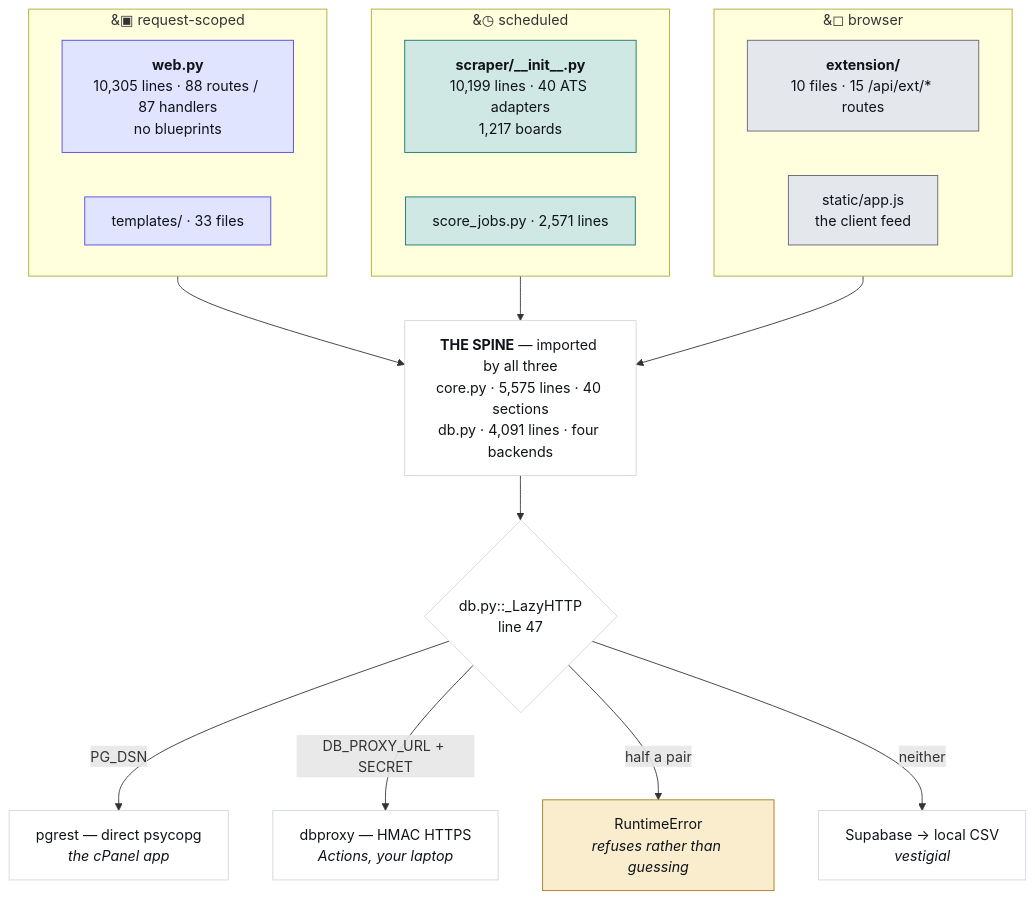
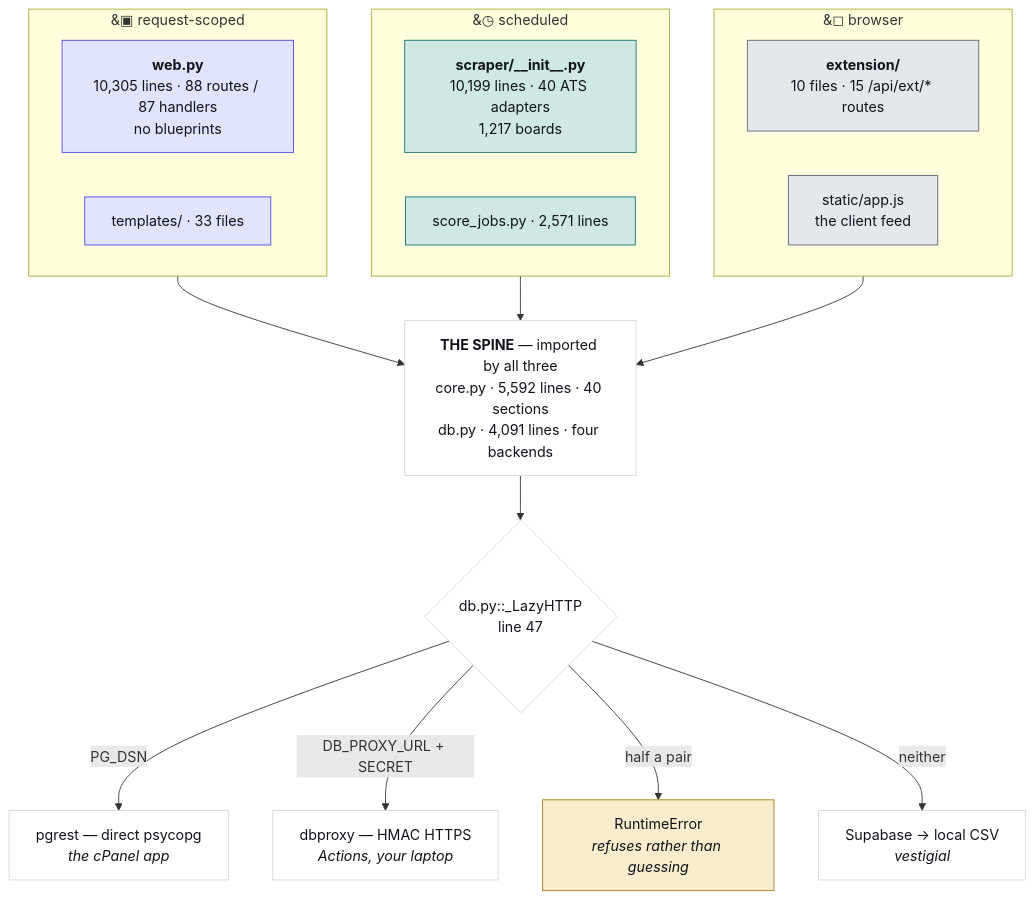
Before and after one commit to hadakunal909-debug/job-search-tool: the first of 4 diagrams in JobMatch Scraper/docs/ARCHITECTURE.md, drawn with Mermaid. The commit also changed other lines of this file and 7 other files, not shown here.

````diff
--- a/JobMatch Scraper/docs/ARCHITECTURE.md
+++ b/JobMatch Scraper/docs/ARCHITECTURE.md
@@ -45,34 +45,34 @@
 ```mermaid
 flowchart TB
   subgraph REQ["&#9635; request-scoped"]
     W["<b>web.py</b><br/>10,305 lines · 88 routes / 87 handlers<br/>no blueprints"]
     T["templates/ · 33 files"]
   end
   subgraph SCH["&#9719; scheduled"]
     S["<b>scraper/__init__.py</b><br/>10,199 lines · 40 ATS adapters<br/>1,217 boards"]
     J["score_jobs.py · 2,571 lines"]
   end
   subgraph CLI["&#9723; browser"]
     E["<b>extension/</b><br/>10 files · 15 /api/ext/* routes"]
     A["static/app.js<br/>the client feed"]
   end
-  SPINE["<b>THE SPINE</b> — imported by all three<br/>core.py · 5,575 lines · 40 sections<br/>db.py · 4,091 lines · four backends"]
+  SPINE["<b>THE SPINE</b> — imported by all three<br/>core.py · 5,592 lines · 40 sections<br/>db.py · 4,091 lines · four backends"]
   REQ --> SPINE
   SCH --> SPINE
   CLI --> SPINE
   SPINE --> D{"db.py::_LazyHTTP<br/>line 47"}
   D -->|"PG_DSN"| P["pgrest — direct psycopg<br/><i>the cPanel app</i>"]
   D -->|"DB_PROXY_URL + SECRET"| X["dbproxy — HMAC HTTPS<br/><i>Actions, your laptop</i>"]
   D -->|"half a pair"| R["RuntimeError<br/><i>refuses rather than guessing</i>"]
   D -->|"neither"| V["Supabase → local CSV<br/><i>vestigial</i>"]
   classDef web fill:#e0e4fe,stroke:#4f46e5,color:#101319
   classDef sched fill:#cfe8e3,stroke:#0f766e,color:#101319
   classDef client fill:#e4e7ec,stroke:#5f6573,color:#101319
   classDef trap fill:#f9edcd,stroke:#a8781a,color:#101319
   classDef plain fill:#ffffff,stroke:#d3d7df,color:#101319
   class W,T web
   class S,J sched
   class E,A client
   class R trap
   class SPINE,D,P,X,V plain
 ```
````
